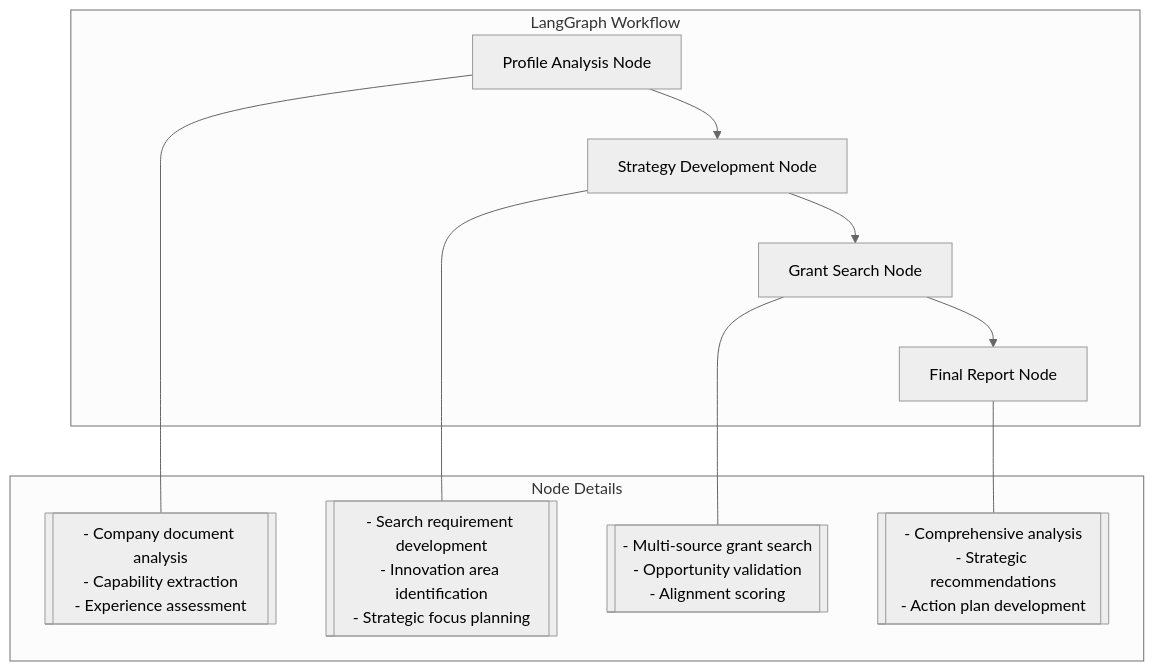
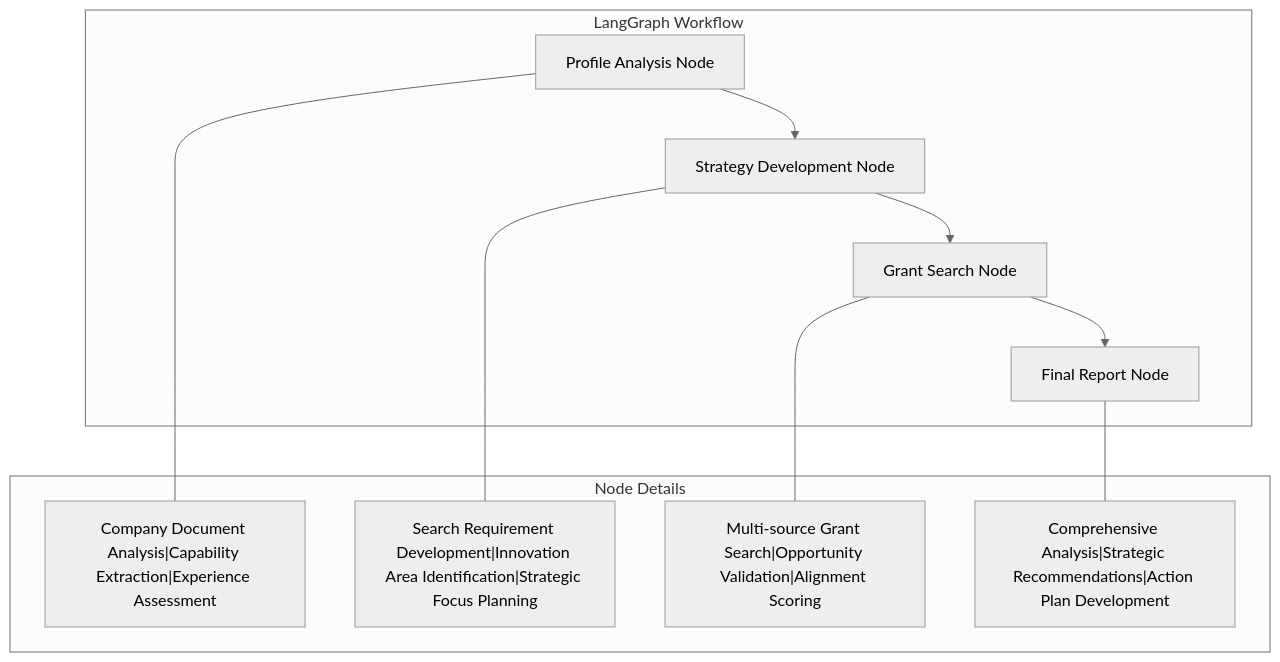
The third of 3 diagrams in README.md (eswears/Dynamo_LangGraph_Grant_Finder), drawn with Mermaid (neutral theme) before and after one commit.

Commit message:
Updated readmen

````diff
--- a/README.md
+++ b/README.md
@@ -120,25 +120,25 @@
 ```mermaid
 graph TD
     subgraph "LangGraph Workflow"
         AP[Profile Analysis Node]
         SD[Strategy Development Node]
         GS[Grant Search Node]
         FR[Final Report Node]
     end
  
     AP --> SD
     SD --> GS
     GS --> FR
  
     subgraph "Node Details"
-        AP_D[["- Company document analysis<br/>- Capability extraction<br/>- Experience assessment"]]
-        SD_D[["- Search requirement development<br/>- Innovation area identification<br/>- Strategic focus planning"]]
-        GS_D[["- Multi-source grant search<br/>- Opportunity validation<br/>- Alignment scoring"]]
-        FR_D[["- Comprehensive analysis<br/>- Strategic recommendations<br/>- Action plan development"]]
+        AP_D["Company Document Analysis|Capability Extraction|Experience Assessment"]
+        SD_D["Search Requirement Development|Innovation Area Identification|Strategic Focus Planning"]
+        GS_D["Multi-source Grant Search|Opportunity Validation|Alignment Scoring"]
+        FR_D["Comprehensive Analysis|Strategic Recommendations|Action Plan Development"]
     end
     
     AP --- AP_D
     SD --- SD_D
     GS --- GS_D
     FR --- FR_D
 ```
````
